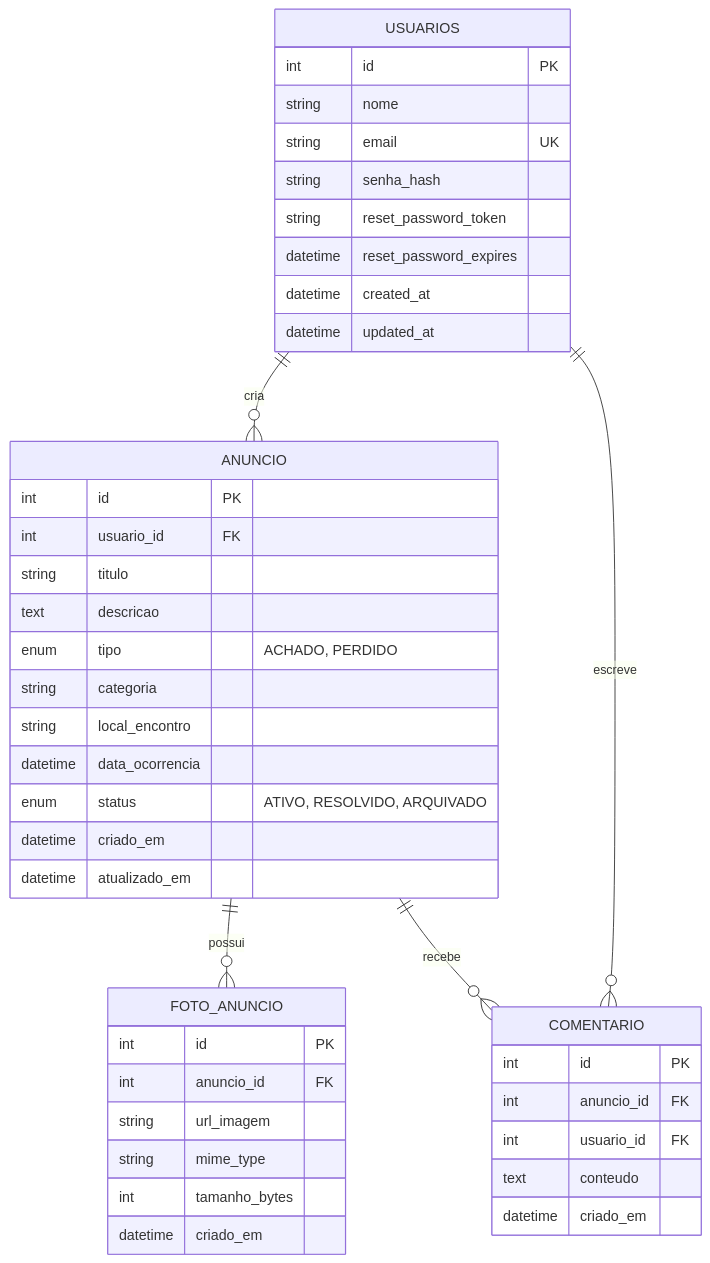
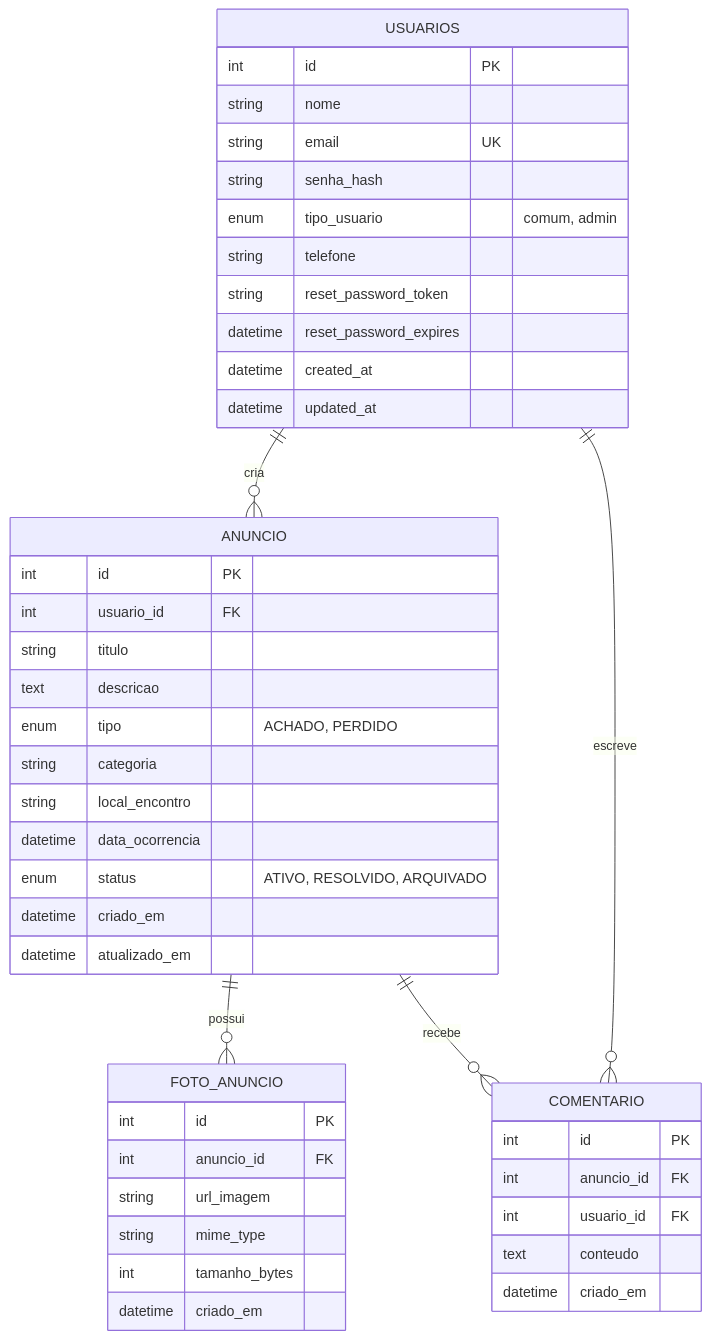
Before and after one commit to Matheus-Castro-Paula/Radar-UFLA: the fifth of 6 diagrams in docs/modelagem/modelagem.md, drawn with Mermaid. The commit also changed other lines of this file and 5 other files, not shown here.

````diff
--- a/docs/modelagem/modelagem.md
+++ b/docs/modelagem/modelagem.md
@@ -272,46 +277,48 @@
 ```mermaid
 erDiagram
     USUARIOS ||--o{ ANUNCIO : cria
     USUARIOS ||--o{ COMENTARIO : escreve
     ANUNCIO ||--o{ FOTO_ANUNCIO : possui
     ANUNCIO ||--o{ COMENTARIO : recebe
 
     USUARIOS {
         int id PK
         string nome
         string email UK
         string senha_hash
+        enum tipo_usuario "comum, admin"
+        string telefone
         string reset_password_token
         datetime reset_password_expires
         datetime created_at
         datetime updated_at
     }
     ANUNCIO {
         int id PK
         int usuario_id FK
         string titulo
         text descricao
         enum tipo "ACHADO, PERDIDO"
         string categoria
         string local_encontro
         datetime data_ocorrencia
         enum status "ATIVO, RESOLVIDO, ARQUIVADO"
         datetime criado_em
         datetime atualizado_em
     }
     FOTO_ANUNCIO {
         int id PK
         int anuncio_id FK
         string url_imagem
         string mime_type
         int tamanho_bytes
         datetime criado_em
     }
     COMENTARIO {
         int id PK
         int anuncio_id FK
         int usuario_id FK
         text conteudo
         datetime criado_em
     }
 ```
````
